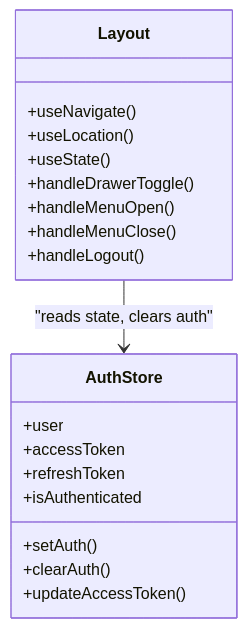
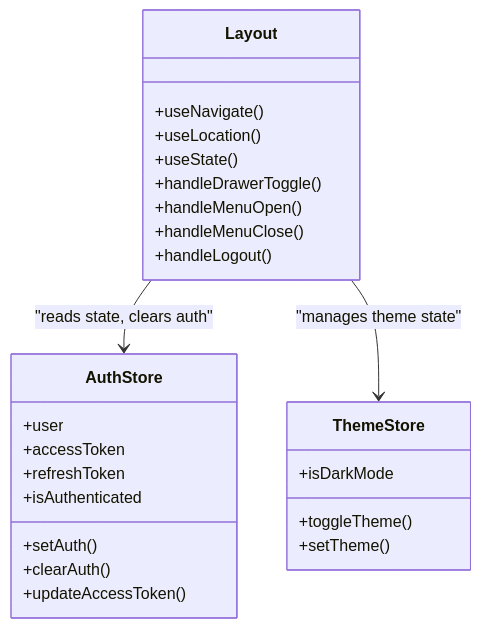
The fifth of 8 diagrams in .qoder/repowiki/en/content/Frontend Application/Application Structure.md (Vostrikov2014/vks-qoder), drawn with Mermaid before and after one commit. The commit also changed other lines of this file and 18 other files, not shown here.

````diff
--- a/.qoder/repowiki/en/content/Frontend Application/Application Structure.md
+++ b/.qoder/repowiki/en/content/Frontend Application/Application Structure.md
@@ -234,22 +298,28 @@
 ```mermaid
 classDiagram
 class Layout {
 +useNavigate()
 +useLocation()
 +useState()
 +handleDrawerToggle()
 +handleMenuOpen()
 +handleMenuClose()
 +handleLogout()
 }
 class AuthStore {
 +user
 +accessToken
 +refreshToken
 +isAuthenticated
 +setAuth()
 +clearAuth()
 +updateAccessToken()
 }
+class ThemeStore {
++isDarkMode
++toggleTheme()
++setTheme()
+}
 Layout --> AuthStore : "reads state, clears auth"
+Layout --> ThemeStore : "manages theme state"
 ```
````
